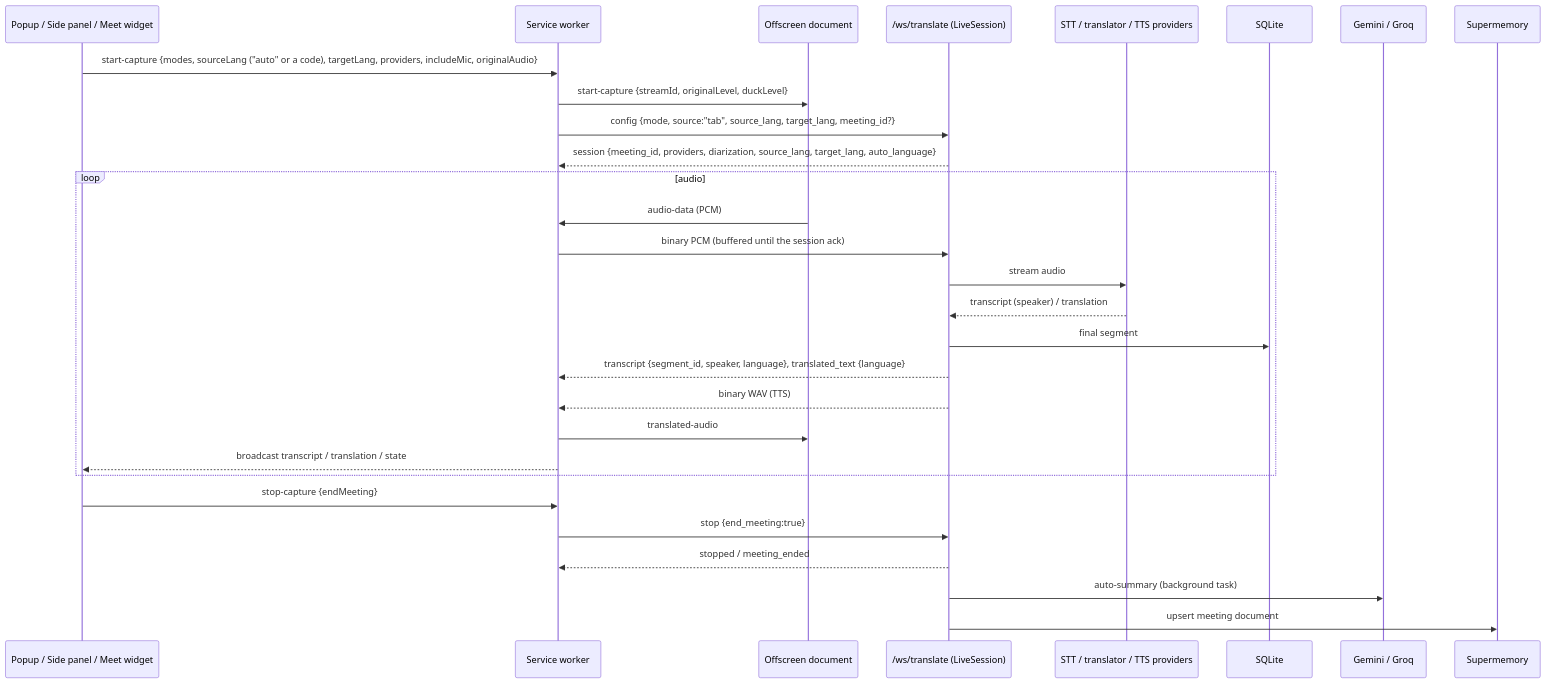
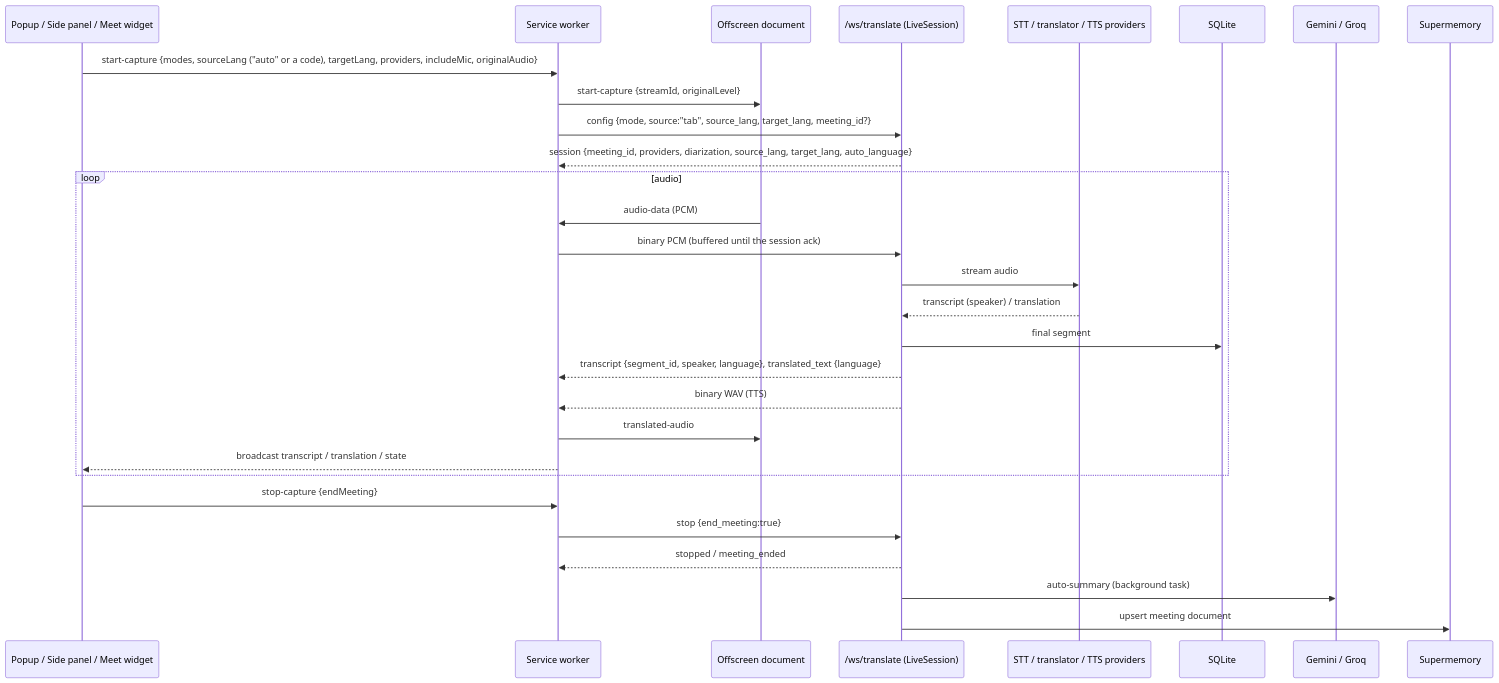
One commit to Kvndoshi/smartmeetingcompanion changed the diagram in architecture.md. Above: the diagram before and after it, drawn with Mermaid. The commit also changed other lines of this file and 33 other files, not shown here.

````diff
--- a/architecture.md
+++ b/architecture.md
@@ -24,32 +24,32 @@
 ```mermaid
 sequenceDiagram
     participant UI as Popup / Side panel / Meet widget
     participant SW as Service worker
     participant OFS as Offscreen document
     participant WS as /ws/translate (LiveSession)
     participant P as STT / translator / TTS providers
     participant DB as SQLite
     participant LLM as Gemini / Groq
     participant SM as Supermemory
 
     UI->>SW: start-capture {modes, sourceLang ("auto" or a code), targetLang, providers, includeMic, originalAudio}
-    SW->>OFS: start-capture {streamId, originalLevel, duckLevel}
+    SW->>OFS: start-capture {streamId, originalLevel}
     SW->>WS: config {mode, source:"tab", source_lang, target_lang, meeting_id?}
     WS-->>SW: session {meeting_id, providers, diarization, source_lang, target_lang, auto_language}
     loop audio
         OFS->>SW: audio-data (PCM)
         SW->>WS: binary PCM (buffered until the session ack)
         WS->>P: stream audio
         P-->>WS: transcript (speaker) / translation
         WS->>DB: final segment
         WS-->>SW: transcript {segment_id, speaker, language}, translated_text {language}
         WS-->>SW: binary WAV (TTS)
         SW->>OFS: translated-audio
         SW-->>UI: broadcast transcript / translation / state
     end
     UI->>SW: stop-capture {endMeeting}
     SW->>WS: stop {end_meeting:true}
     WS-->>SW: stopped / meeting_ended
     WS->>LLM: auto-summary (background task)
     WS->>SM: upsert meeting document
 ```
````
